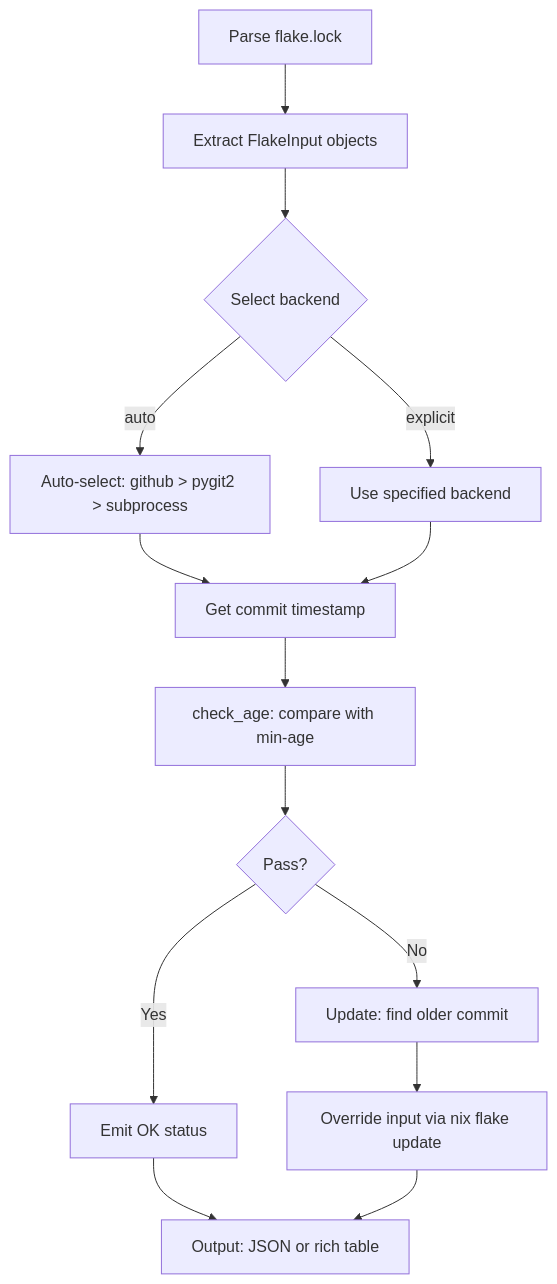
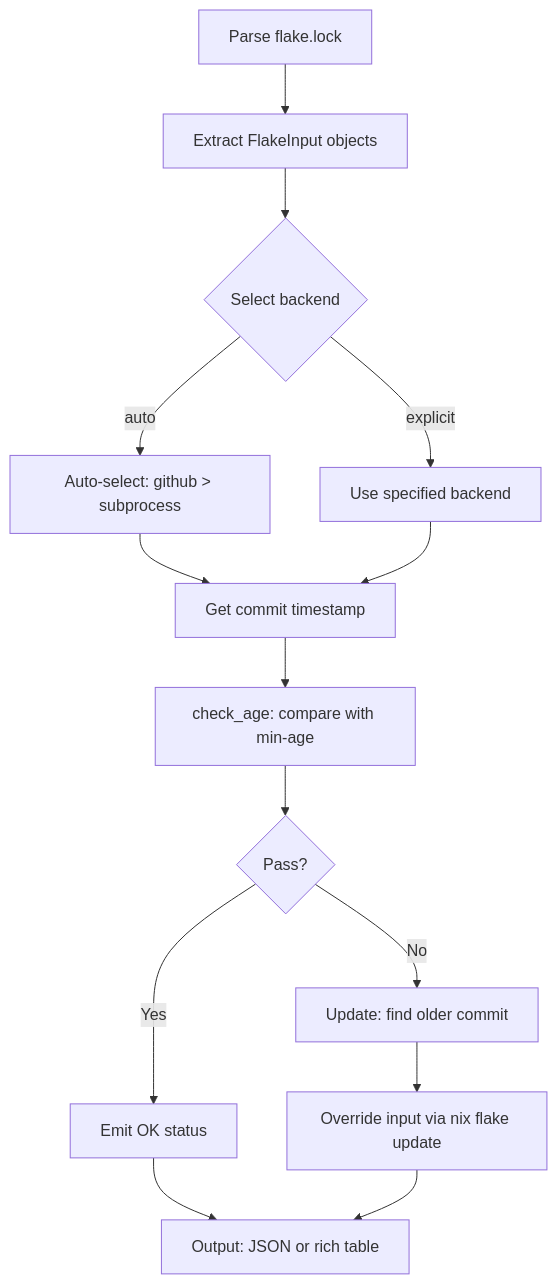
Before and after one commit to impure0xntk/nix-flake-age-filter: the diagram in docs/ARCHITECTURE.md, drawn with Mermaid. The commit also changed other lines of this file and 14 other files, not shown here.

````diff
--- a/docs/ARCHITECTURE.md
+++ b/docs/ARCHITECTURE.md
@@ -35,16 +34,16 @@
 ```mermaid
 flowchart TD
     A[Parse flake.lock] --> B[Extract FlakeInput objects]
     B --> C{Select backend}
-    C -->|auto| D[Auto-select: github > pygit2 > subprocess]
+    C -->|auto| D[Auto-select: github > subprocess]
     C -->|explicit| E[Use specified backend]
     D --> F[Get commit timestamp]
     E --> F
     F --> G[check_age: compare with min-age]
     G --> H{Pass?}
     H -->|Yes| I[Emit OK status]
     H -->|No| J[Update: find older commit]
     J --> K[Override input via nix flake update]
     I --> L[Output: JSON or rich table]
     K --> L
 ```
````
